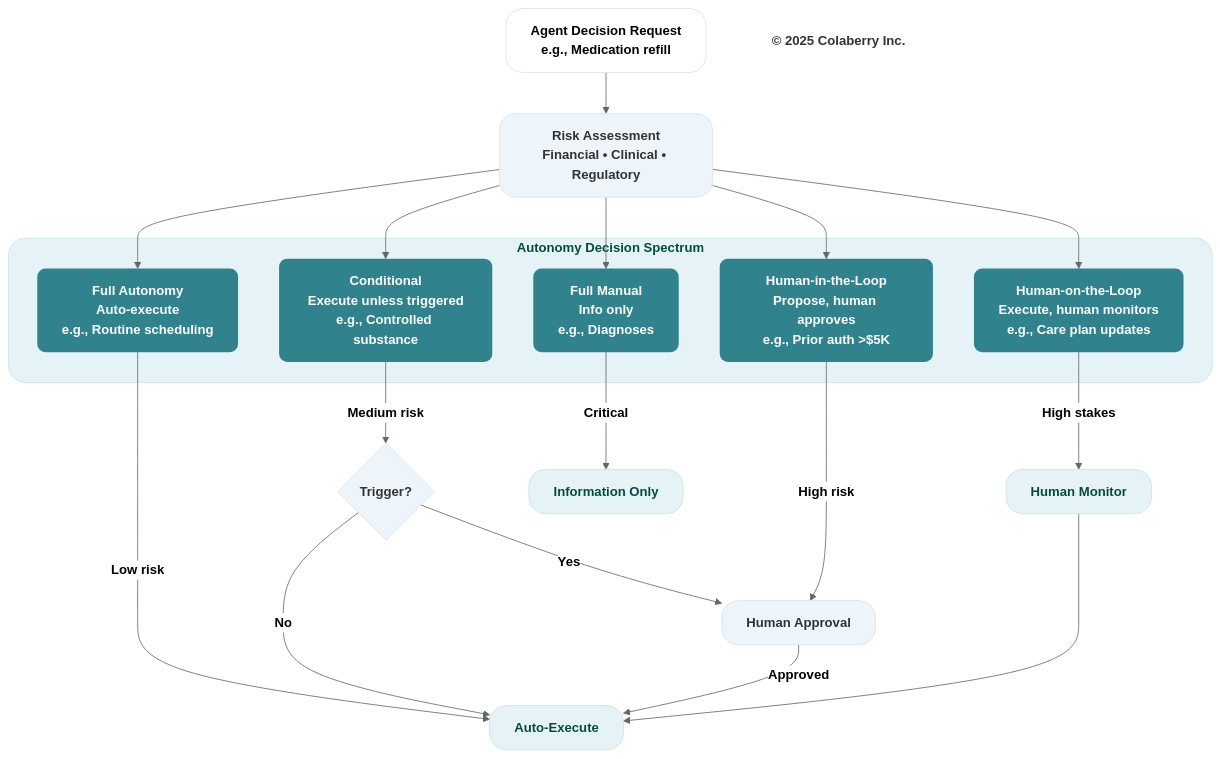
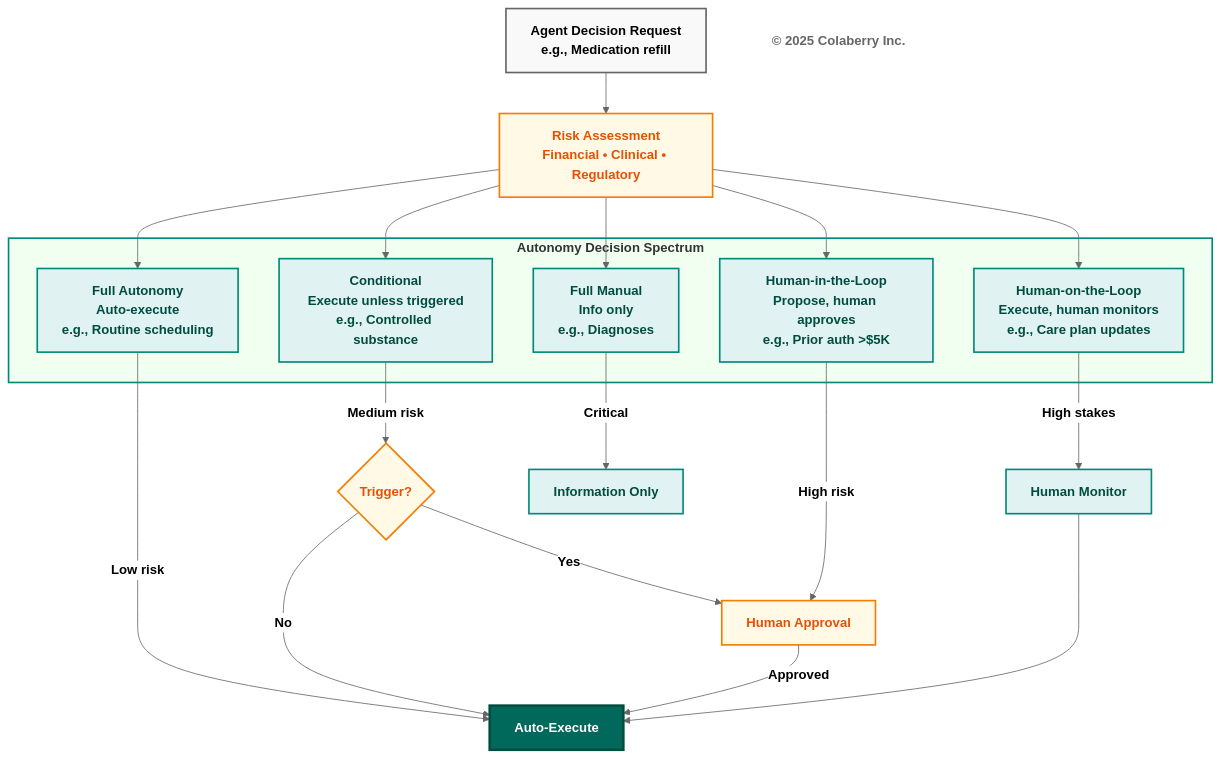
Before and after one commit to saitejesh-cyber/trust-before-intelligence-book: the sixth of 14 diagrams in manuscript/08_chapter_7_goals_framework.md, drawn with Mermaid (neutral theme). The commit also changed other lines of this file and 12 other files, not shown here.

Commit message:
Restore legacy Mermaid styles for Option 1

````diff
--- a/manuscript/08_chapter_7_goals_framework.md
+++ b/manuscript/08_chapter_7_goals_framework.md
@@ -550,54 +550,54 @@
 ```mermaid
 graph TB
     REQUEST["<b>Agent Decision Request</b><br/><b>e.g., Medication refill</b>"]
     
     ASSESS["<b>Risk Assessment</b><br/><b>Financial • Clinical • Regulatory</b>"]
     
     REQUEST --> ASSESS
     
     subgraph SPECTRUM["<b>Autonomy Decision Spectrum</b>"]
         FULL["<b>Full Autonomy</b><br/><b>Auto-execute</b><br/><b>e.g., Routine scheduling</b>"]
         
         COND["<b>Conditional</b><br/><b>Execute unless triggered</b><br/><b>e.g., Controlled substance</b>"]
         
         HITL["<b>Human-in-the-Loop</b><br/><b>Propose, human approves</b><br/><b>e.g., Prior auth >$5K</b>"]
         
         HONL["<b>Human-on-the-Loop</b><br/><b>Execute, human monitors</b><br/><b>e.g., Care plan updates</b>"]
         
         MANUAL["<b>Full Manual</b><br/><b>Info only</b><br/><b>e.g., Diagnoses</b>"]
     end
     
     ASSESS --> FULL
     ASSESS --> COND
     ASSESS --> HITL
     ASSESS --> HONL
     ASSESS --> MANUAL
     
     FULL -->|<b>Low risk</b>| EXECUTE["<b>Auto-Execute</b>"]
     COND -->|<b>Medium risk</b>| CHECK{<b>Trigger?</b>}
     CHECK -->|<b>No</b>| EXECUTE
     CHECK -->|<b>Yes</b>| APPROVE["<b>Human Approval</b>"]
     HITL -->|<b>High risk</b>| APPROVE
     HONL -->|<b>High stakes</b>| MONITOR["<b>Human Monitor</b>"]
     MANUAL -->|<b>Critical</b>| INFORM["<b>Information Only</b>"]
     
     APPROVE -->|<b>Approved</b>| EXECUTE
     MONITOR --> EXECUTE
     
-    style REQUEST fill:#ffffff,stroke:#e0e0e0,stroke-width:1px,color:#000000,rx:20,ry:20
-    style ASSESS fill:#edf4fa,stroke:#d6e4f2,stroke-width:1px,color:#333333,rx:20,ry:20
-    style SPECTRUM fill:#e6f3f6,stroke:#c7e3ea,stroke-width:1px,color:#004d40,rx:20,ry:20
-    style FULL fill:#30838C,stroke:none,color:#ffffff,rx:10,ry:10
-    style COND fill:#30838C,stroke:none,color:#ffffff,rx:10,ry:10
-    style HITL fill:#30838C,stroke:none,color:#ffffff,rx:10,ry:10
-    style HONL fill:#30838C,stroke:none,color:#ffffff,rx:10,ry:10
-    style MANUAL fill:#30838C,stroke:none,color:#ffffff,rx:10,ry:10
-    style CHECK fill:#edf4fa,stroke:#d6e4f2,stroke-width:1px,color:#333333,rx:20,ry:20
-    style EXECUTE fill:#e6f3f6,stroke:#c7e3ea,stroke-width:1px,color:#004d40,rx:20,ry:20
-    style APPROVE fill:#edf4fa,stroke:#d6e4f2,stroke-width:1px,color:#333333,rx:20,ry:20
-    style MONITOR fill:#e6f3f6,stroke:#c7e3ea,stroke-width:1px,color:#004d40,rx:20,ry:20
-    style INFORM fill:#e6f3f6,stroke:#c7e3ea,stroke-width:1px,color:#004d40,rx:20,ry:20
+    style REQUEST fill:#f9f9f9,stroke:#666666,stroke-width:2px,color:#000000
+    style ASSESS fill:#fff9e6,stroke:#f57c00,stroke-width:2px,color:#e65100
+    style SPECTRUM fill:#f0fff0,stroke:#00897b,stroke-width:2px
+    style FULL fill:#e0f2f1,stroke:#00897b,stroke-width:2px,color:#004d40
+    style COND fill:#e0f2f1,stroke:#00897b,stroke-width:2px,color:#004d40
+    style HITL fill:#e0f2f1,stroke:#00897b,stroke-width:2px,color:#004d40
+    style HONL fill:#e0f2f1,stroke:#00897b,stroke-width:2px,color:#004d40
+    style MANUAL fill:#e0f2f1,stroke:#00897b,stroke-width:2px,color:#004d40
+    style CHECK fill:#fff9e6,stroke:#f57c00,stroke-width:2px,color:#e65100
+    style EXECUTE fill:#00695c,color:#ffffff,stroke:#004d40,stroke-width:3px
+    style APPROVE fill:#fff9e6,stroke:#f57c00,stroke-width:2px,color:#e65100
+    style MONITOR fill:#e0f2f1,stroke:#00897b,stroke-width:2px,color:#004d40
+    style INFORM fill:#e0f2f1,stroke:#00897b,stroke-width:2px,color:#004d40
     
     Copyright["<b>© 2025 Colaberry Inc.</b>"]
-    style Copyright fill:none,stroke:none,color:#333333
+    style Copyright fill:#ffffff,stroke:none,color:#666666
 ```
````
